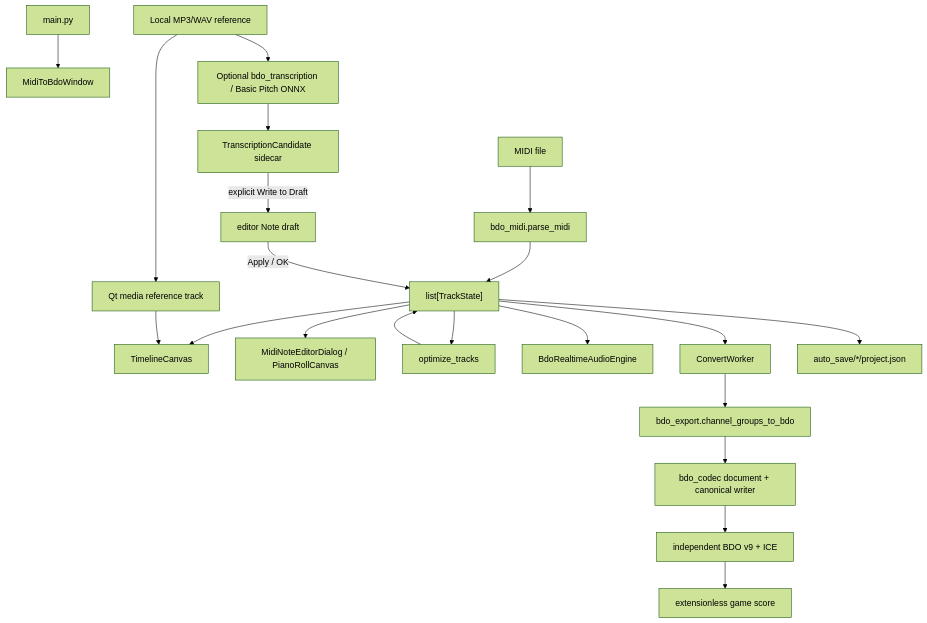
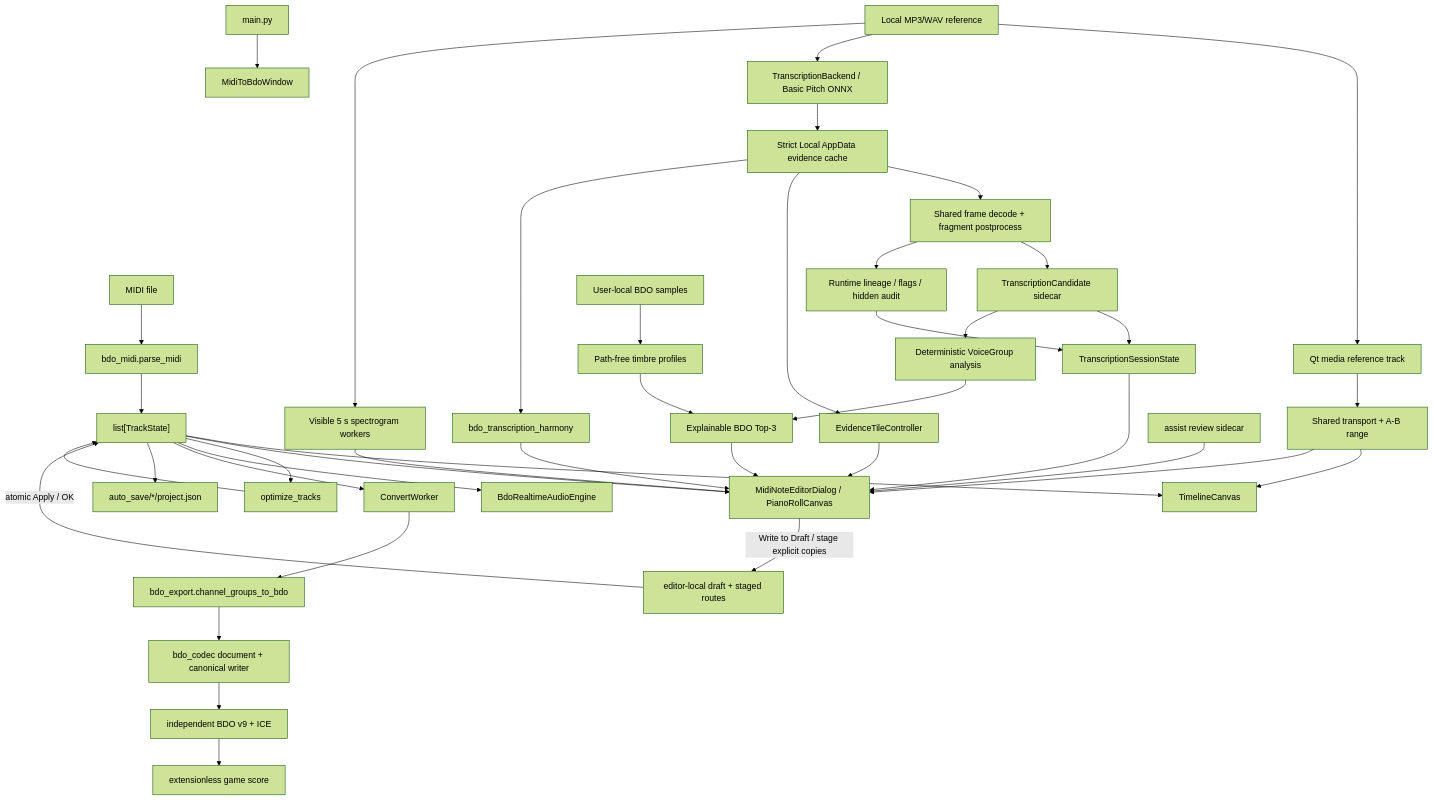
Before and after one commit to CocoaMist/3007-BDO_Music_Composer: the diagram in docs/ARCHITECTURE.md, drawn with Mermaid (forest theme). The commit also changed other lines of this file and 154 other files, not shown here.

````diff
--- a/docs/ARCHITECTURE.md
+++ b/docs/ARCHITECTURE.md
@@ -7,23 +7,43 @@
 ```mermaid
 flowchart TD
     Entry["main.py"] --> GUI["MidiToBdoWindow"]
     MIDI["MIDI file"] --> Parser["bdo_midi.parse_midi"]
     Parser --> Tracks["list[TrackState]"]
     Tracks --> Timeline["TimelineCanvas"]
     Tracks --> Editor["MidiNoteEditorDialog / PianoRollCanvas"]
     Reference["Local MP3/WAV reference"] --> ReferencePlayer["Qt media reference track"]
-    ReferencePlayer --> Timeline
-    Reference --> Transcriber["Optional bdo_transcription / Basic Pitch ONNX"]
-    Transcriber --> Candidates["TranscriptionCandidate sidecar"]
-    Candidates -->|"explicit Write to Draft"| Draft["editor Note draft"]
-    Draft -->|"Apply / OK"| Tracks
+    ReferencePlayer --> SharedTransport["Shared transport + A-B range"]
+    SharedTransport --> Timeline
+    SharedTransport --> Editor
+    Reference --> Transcriber["TranscriptionBackend / Basic Pitch ONNX"]
+    Reference --> Spectrogram["Visible 5 s spectrogram workers"]
+    Transcriber --> Evidence["Strict Local AppData evidence cache"]
+    Evidence --> FrameDecode["Shared frame decode + fragment postprocess"]
+    FrameDecode --> Candidates["TranscriptionCandidate sidecar"]
+    FrameDecode --> Annotations["Runtime lineage / flags / hidden audit"]
+    Evidence --> Tiles["EvidenceTileController"]
+    Evidence --> Harmony["bdo_transcription_harmony"]
+    Tiles --> Editor
+    Spectrogram --> Editor
+    Candidates --> Session["TranscriptionSessionState"]
+    Candidates --> Groups["Deterministic VoiceGroup analysis"]
+    LocalSamples["User-local BDO samples"] --> Timbre["Path-free timbre profiles"]
+    Groups --> Matches["Explainable BDO Top-3"]
+    Timbre --> Matches
+    Harmony --> Editor
+    Matches --> Editor
+    Session --> Editor
+    Annotations --> Session
+    AssistReview["assist review sidecar"] --> Editor
+    Editor -->|"Write to Draft / stage explicit copies"| Draft["editor-local draft + staged routes"]
+    Draft -->|"atomic Apply / OK"| Tracks
     Tracks --> Optimizer["optimize_tracks"]
     Optimizer --> Tracks
     Tracks --> Preview["BdoRealtimeAudioEngine"]
     Tracks --> Worker["ConvertWorker"]
     Worker --> Adapter["bdo_export.channel_groups_to_bdo"]
     Adapter --> Serializer["bdo_codec document + canonical writer"]
     Serializer --> ICE["independent BDO v9 + ICE"]
     ICE --> GameScore["extensionless game score"]
     Tracks --> Autosave["auto_save/*/project.json"]
 ```
````
